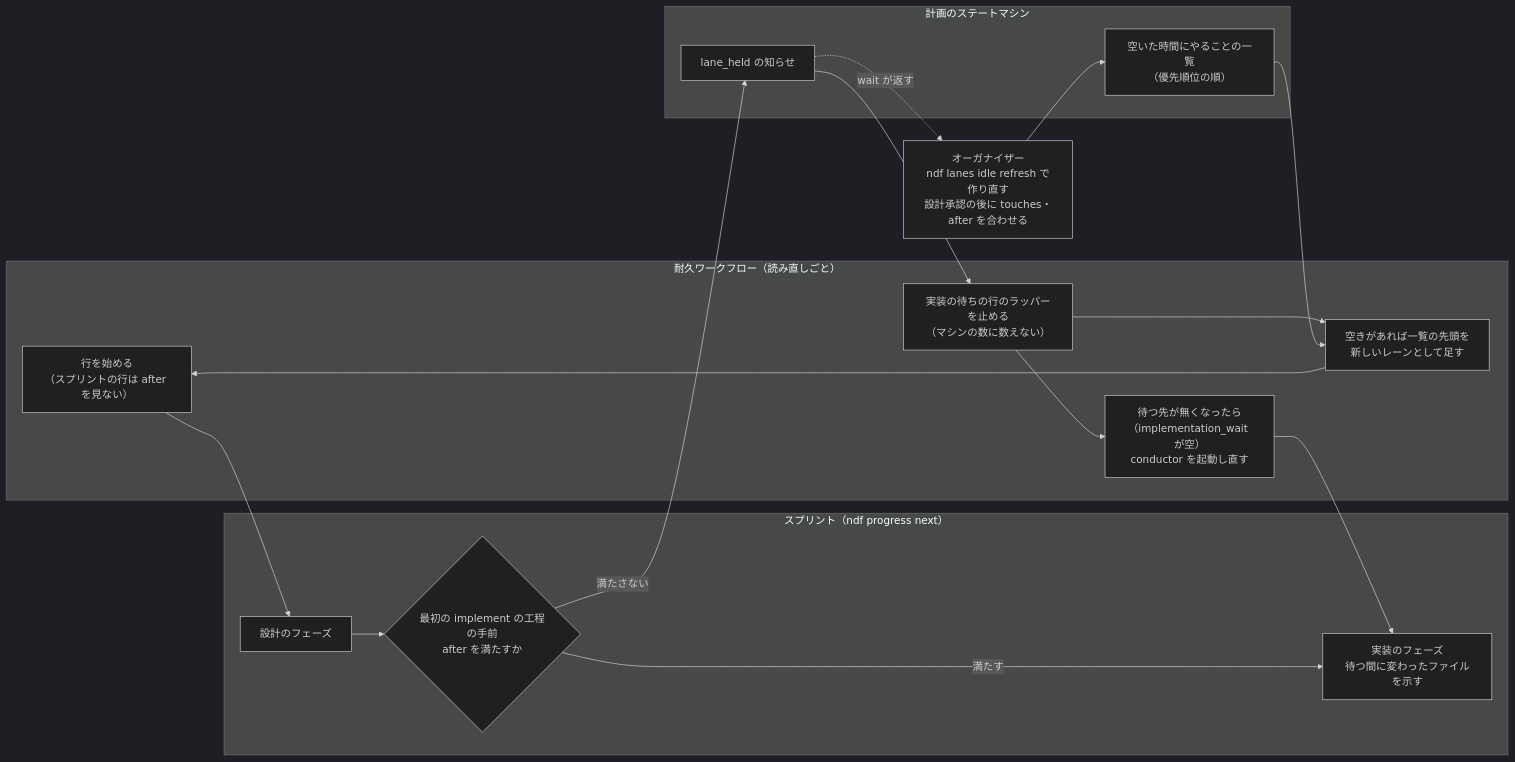
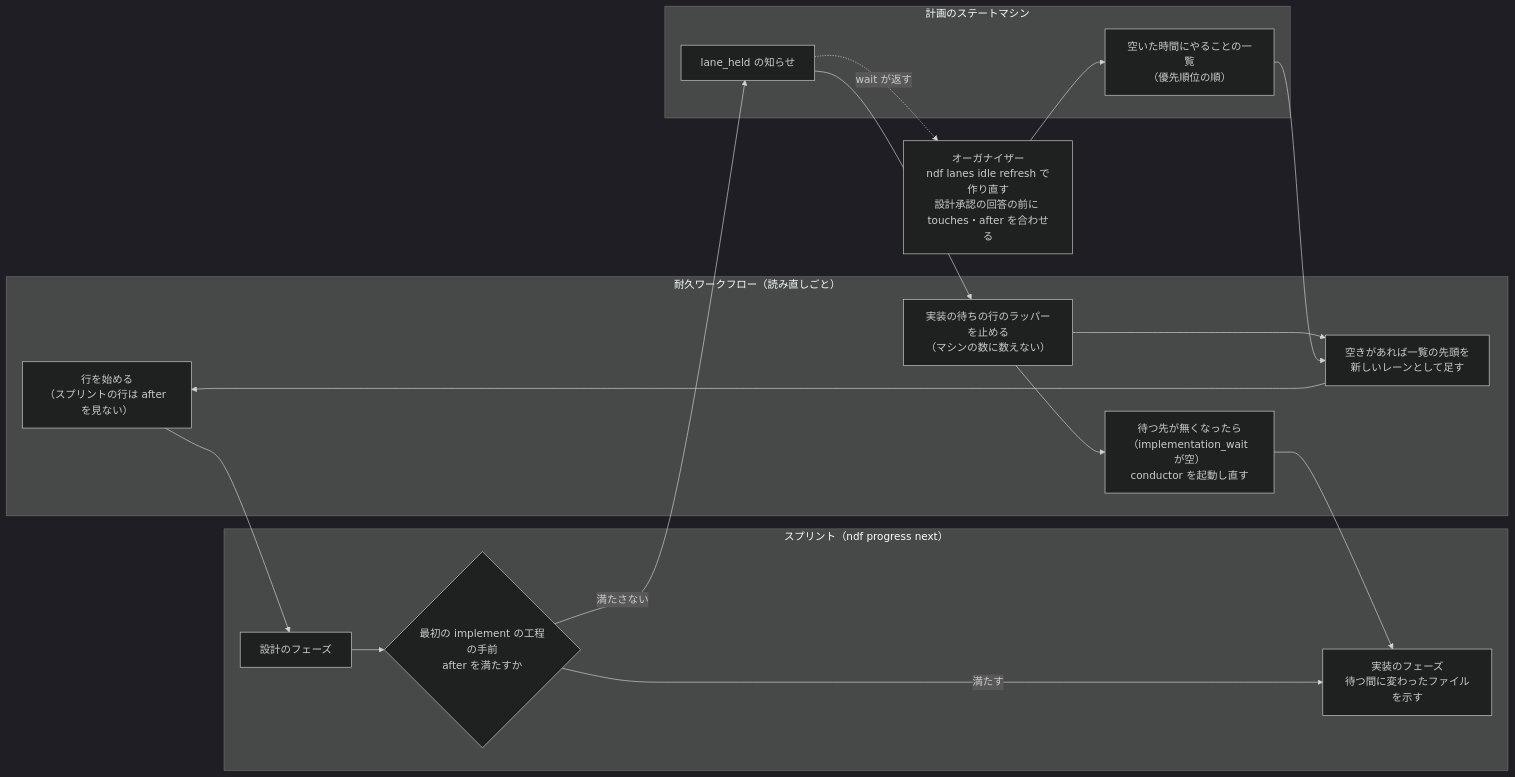
The second of 3 diagrams in issues/issue-4050-design.md (devbasex/ai-plugins), drawn with Mermaid (dark theme) before and after one commit. The commit also changed other lines of this file and 2 other files, not shown here.

First line of the commit message:
Docs: #4081 の 10 点の穴を #4050 の設計・詳細設計・要求へ当てる（席を返す手の再検証・取り消し・失敗のキー・終わった行からの辺・touches を合わせる時点）

````diff
--- a/issues/issue-4050-design.md
+++ b/issues/issue-4050-design.md
@@ -56,25 +56,25 @@
 ```mermaid
 flowchart LR
   subgraph WF["耐久ワークフロー（読み直しごと）"]
     ST["行を始める<br>（スプリントの行は after を見ない）"]
     HL["実装の待ちの行のラッパーを止める<br>（マシンの数に数えない）"]
     RL["待つ先が無くなったら<br>（implementation_wait が空）<br>conductor を起動し直す"]
     AS["空きがあれば一覧の先頭を<br>新しいレーンとして足す"]
   end
   subgraph S["スプリント（ndf progress next）"]
     D["設計のフェーズ"]
     H{"最初の implement の工程の手前<br>after を満たすか"}
     I["実装のフェーズ<br>待つ間に変わったファイルを示す"]
   end
   subgraph P["計画のステートマシン"]
     Q["空いた時間にやることの一覧<br>（優先順位の順）"]
     N["lane_held の知らせ"]
   end
-  O["オーガナイザー<br>ndf lanes idle refresh で作り直す<br>設計承認の後に touches・after を合わせる"]
+  O["オーガナイザー<br>ndf lanes idle refresh で作り直す<br>設計承認の回答の前に touches・after を合わせる"]
   ST --> D --> H
   H -- "満たす" --> I
   H -- "満たさない" --> N --> HL --> AS
   HL --> RL --> I
   O --> Q --> AS --> ST
   N -. "wait が返す" .-> O
 ```
````
